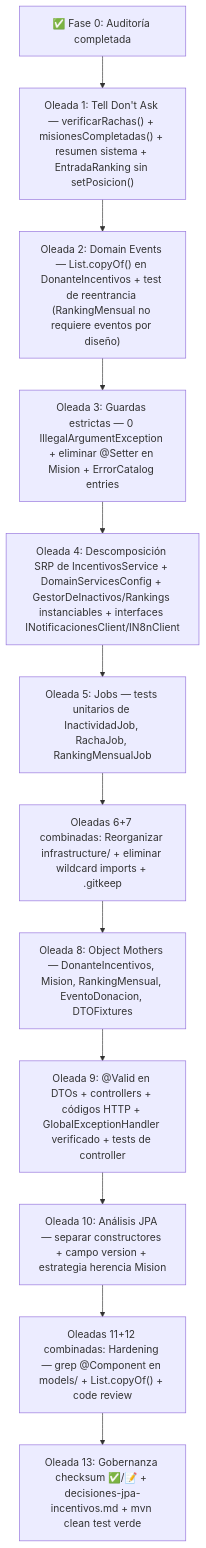
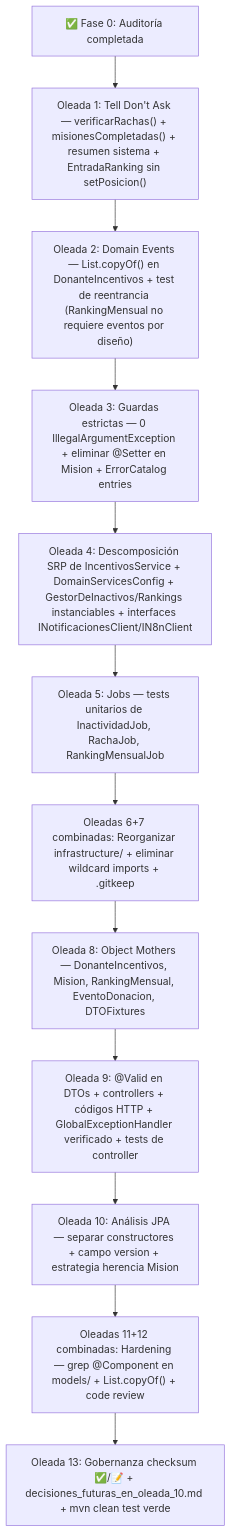
Before and after one commit to tsorren/DonaTrack-TP-DDS: the diagram in docs/design/incentivos-service/plan-refactor-incentivos.md, drawn with Mermaid. The commit also changed other lines of this file and 2 other files, not shown here.

Commit message:
Incentivos: Oleada 10

````diff
--- a/docs/design/incentivos-service/plan-refactor-incentivos.md
+++ b/docs/design/incentivos-service/plan-refactor-incentivos.md
@@ -206,27 +206,27 @@
 ```mermaid
 graph TD
     F0["✅ Fase 0: Auditoría completada"]
     O1["Oleada 1: Tell Don't Ask — verificarRachas() + misionesCompletadas() + resumen sistema + EntradaRanking sin setPosicion()"]
     O2["Oleada 2: Domain Events — List.copyOf() en DonanteIncentivos + test de reentrancia (RankingMensual no requiere eventos por diseño)"]
     O3["Oleada 3: Guardas estrictas — 0 IllegalArgumentException + eliminar @Setter en Mision + ErrorCatalog entries"]
     O4["Oleada 4: Descomposición SRP de IncentivosService + DomainServicesConfig + GestorDeInactivos/Rankings instanciables + interfaces INotificacionesClient/IN8nClient"]
     O5["Oleada 5: Jobs — tests unitarios de InactividadJob, RachaJob, RankingMensualJob"]
     O67["Oleadas 6+7 combinadas: Reorganizar infrastructure/ + eliminar wildcard imports + .gitkeep"]
     O8["Oleada 8: Object Mothers — DonanteIncentivos, Mision, RankingMensual, EventoDonacion, DTOFixtures"]
     O9["Oleada 9: @Valid en DTOs + controllers + códigos HTTP + GlobalExceptionHandler verificado + tests de controller"]
     O10["Oleada 10: Análisis JPA — separar constructores + campo version + estrategia herencia Mision"]
     O1112["Oleadas 11+12 combinadas: Hardening — grep @Component en models/ + List.copyOf() + code review"]
-    O13["Oleada 13: Gobernanza checksum ✅/📝 + decisiones-jpa-incentivos.md + mvn clean test verde"]
+    O13["Oleada 13: Gobernanza checksum ✅/📝 + decisiones_futuras_en_oleada_10.md + mvn clean test verde"]
 
     F0 --> O1
     O1 --> O2
     O2 --> O3
     O3 --> O4
     O4 --> O5
     O5 --> O67
     O67 --> O8
     O8 --> O9
     O9 --> O10
     O10 --> O1112
     O1112 --> O13
 ```
````
